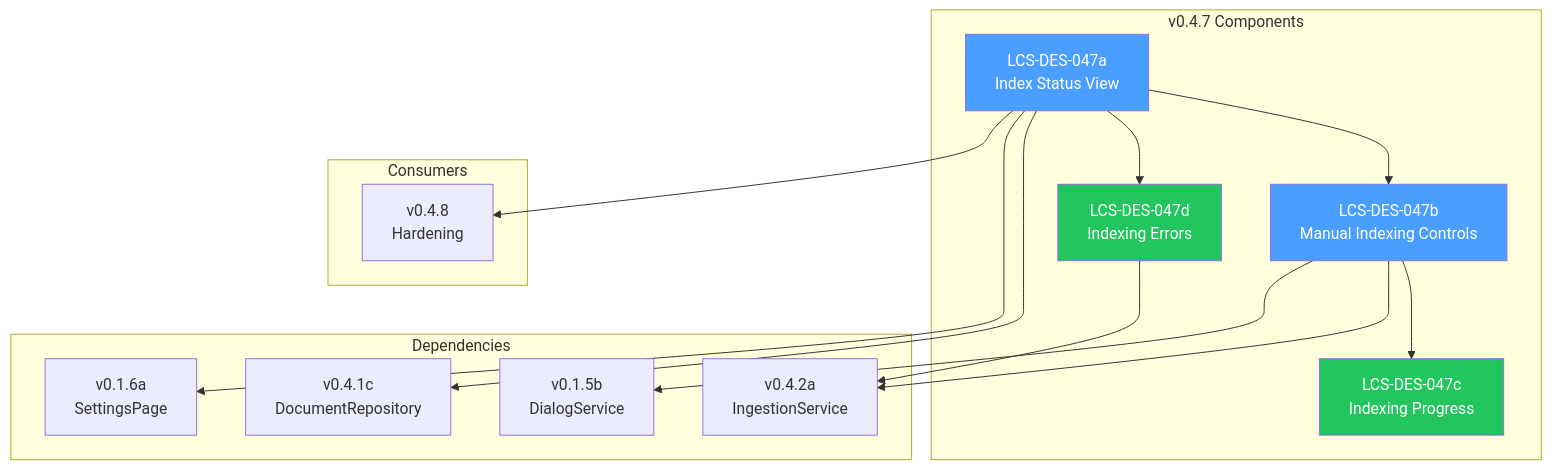
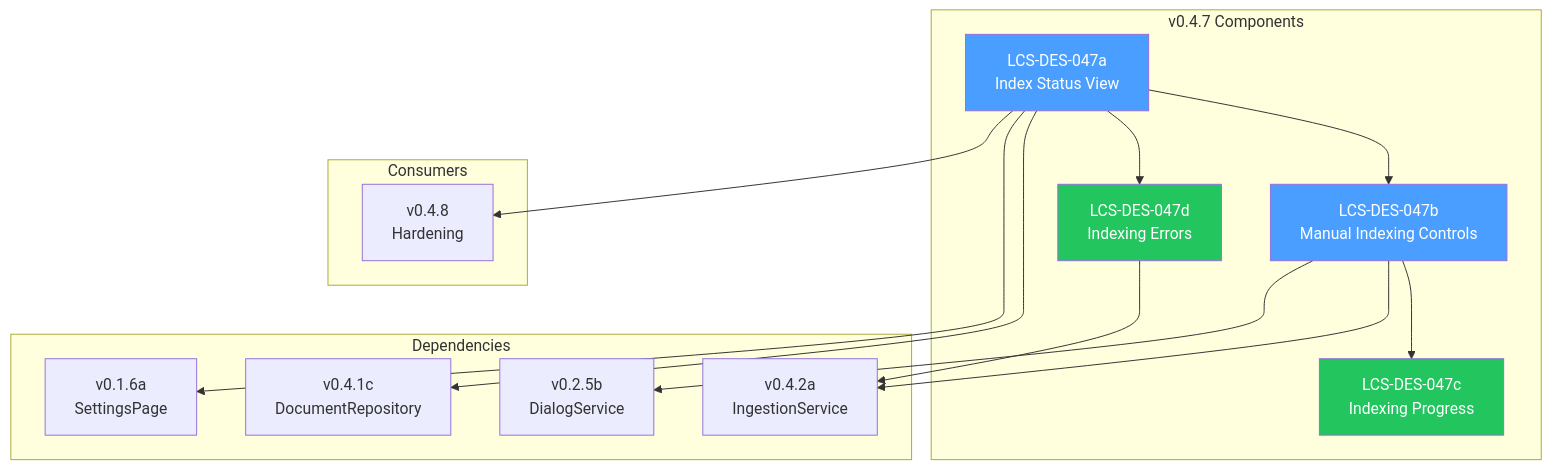
One commit to southpawriter02/lexichord changed the diagram in docs/specs/v0.4.x/v0.4.7/LCS-DES-047-INDEX.md. Above: the diagram before and after it, drawn with Mermaid. The commit also changed other lines of this file and 2 other files, not shown here.

Commit message:
docs: Update DialogService version to v0.2.5b and improve table formatting in v0.4.7 specification documents.

````diff
--- a/docs/specs/v0.4.x/v0.4.7/LCS-DES-047-INDEX.md
+++ b/docs/specs/v0.4.x/v0.4.7/LCS-DES-047-INDEX.md
@@ -35,35 +35,35 @@
 ```mermaid
 graph TB
     subgraph "v0.4.7 Components"
         A[LCS-DES-047a<br/>Index Status View]
         B[LCS-DES-047b<br/>Manual Indexing Controls]
         C[LCS-DES-047c<br/>Indexing Progress]
         D[LCS-DES-047d<br/>Indexing Errors]
     end
 
     subgraph "Dependencies"
         E[v0.4.2a<br/>IngestionService]
         F[v0.4.1c<br/>DocumentRepository]
         G[v0.1.6a<br/>SettingsPage]
-        H[v0.1.5b<br/>DialogService]
+        H[v0.2.5b<br/>DialogService]
     end
 
     subgraph "Consumers"
         I[v0.4.8<br/>Hardening]
     end
 
     A --> B
     A --> D
     B --> C
     B --> E
     A --> F
     A --> G
     B --> H
     D --> E
     A --> I
 
     style A fill:#4a9eff,color:#fff
     style B fill:#4a9eff,color:#fff
     style C fill:#22c55e,color:#fff
     style D fill:#22c55e,color:#fff
 ```
````
